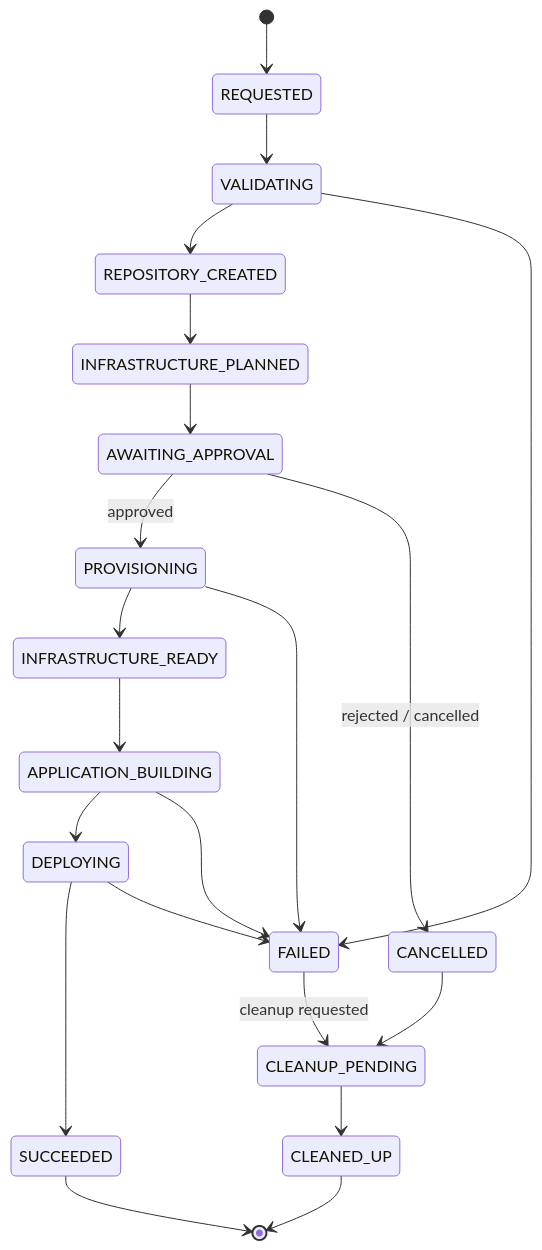
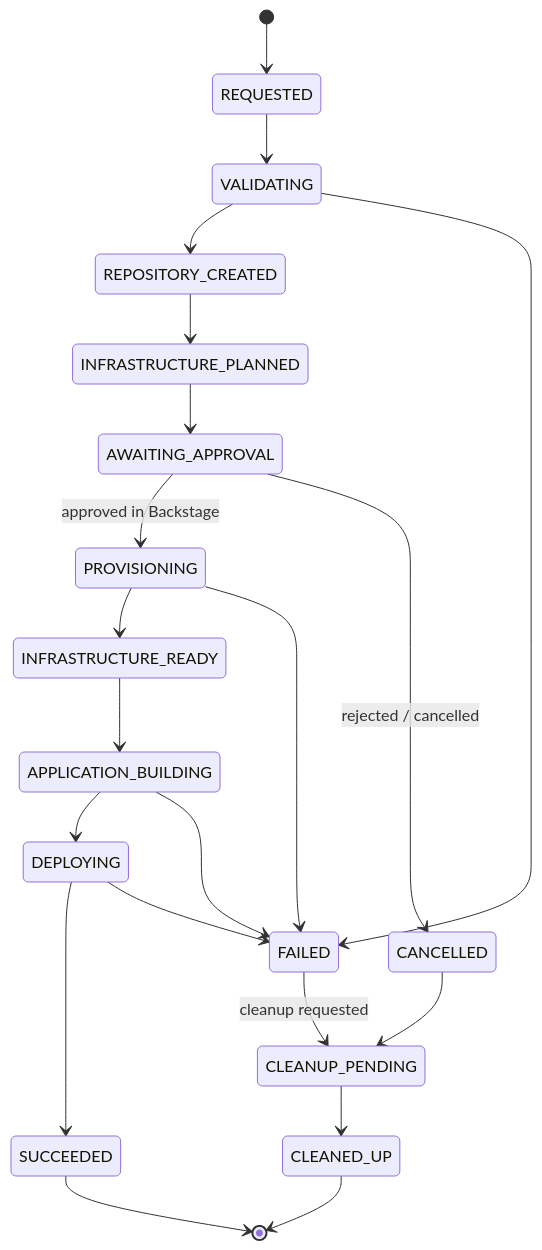
The second of 2 diagrams in README.md (nixvarghese01/azure-backstage-goldenpath), drawn with Mermaid before and after one commit. The commit also changed other lines of this file and 2 other files, not shown here.

First line of the commit message:
docs: describe golden path with approval in Backstage

````diff
--- a/README.md
+++ b/README.md
@@ -242,23 +271,23 @@
 ```mermaid
 stateDiagram-v2
     [*] --> REQUESTED
     REQUESTED --> VALIDATING
     VALIDATING --> REPOSITORY_CREATED
     VALIDATING --> FAILED
     REPOSITORY_CREATED --> INFRASTRUCTURE_PLANNED
     INFRASTRUCTURE_PLANNED --> AWAITING_APPROVAL
-    AWAITING_APPROVAL --> PROVISIONING : approved
+    AWAITING_APPROVAL --> PROVISIONING : approved in Backstage
     AWAITING_APPROVAL --> CANCELLED : rejected / cancelled
     PROVISIONING --> INFRASTRUCTURE_READY
     PROVISIONING --> FAILED
     INFRASTRUCTURE_READY --> APPLICATION_BUILDING
     APPLICATION_BUILDING --> DEPLOYING
     APPLICATION_BUILDING --> FAILED
     DEPLOYING --> SUCCEEDED
     DEPLOYING --> FAILED
     FAILED --> CLEANUP_PENDING : cleanup requested
     CANCELLED --> CLEANUP_PENDING
     CLEANUP_PENDING --> CLEANED_UP
     SUCCEEDED --> [*]
     CLEANED_UP --> [*]
 ```
````
